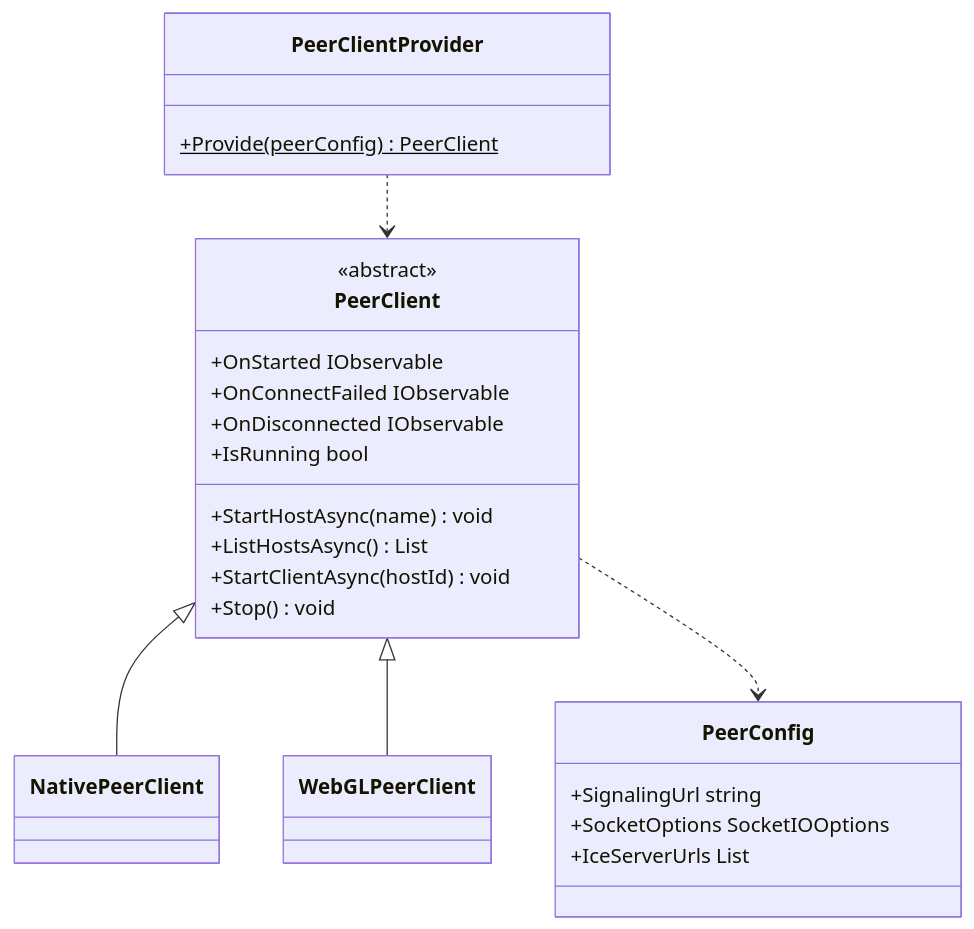
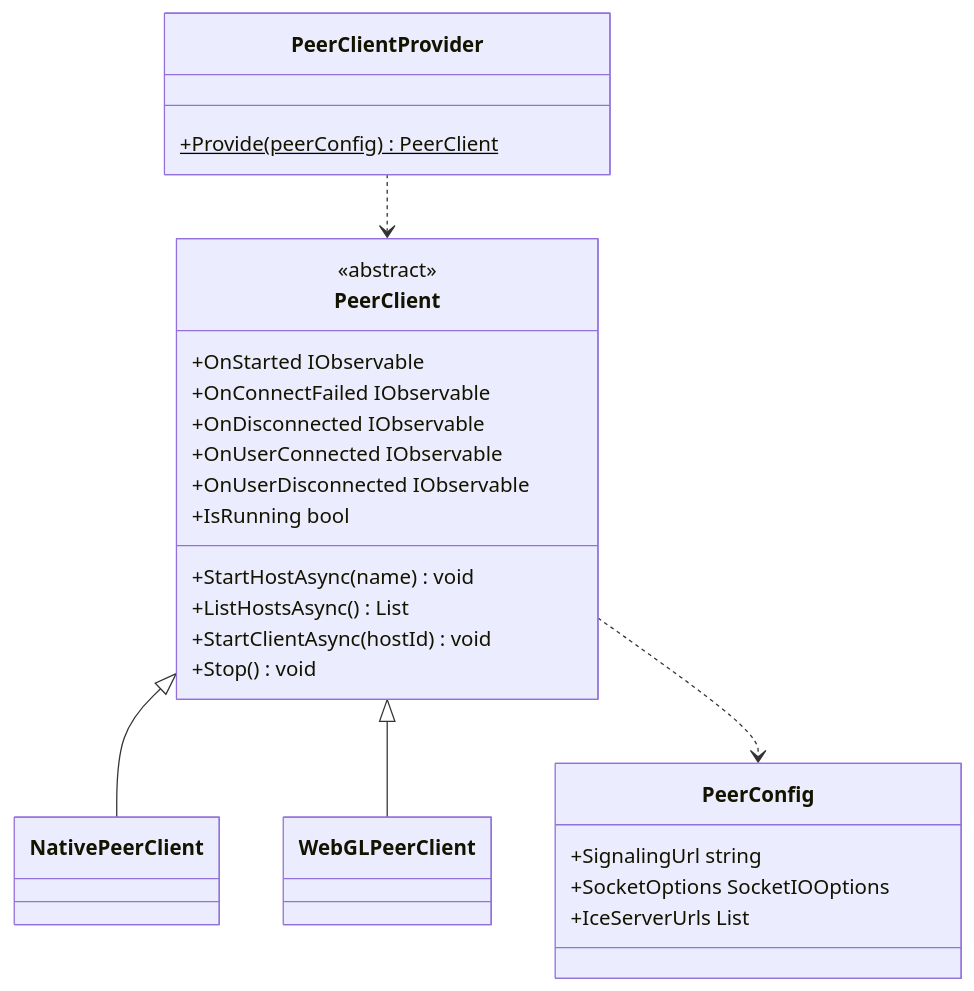
One commit to extreal-dev/Extreal.Guide changed the first of 3 diagrams in docs/integration/p2p.webrtc.md. Above: the diagram before and after it, drawn with Mermaid. The commit also changed other lines of this file and 3 other files, not shown here.

````diff
--- a/docs/integration/p2p.webrtc.md
+++ b/docs/integration/p2p.webrtc.md
@@ -27,36 +27,38 @@
 ```mermaid
 classDiagram
 
     PeerClientProvider ..> PeerClient
     PeerClient <|-- NativePeerClient
     PeerClient <|-- WebGLPeerClient
     PeerClient ..> PeerConfig
 
     class PeerClientProvider {
         +Provide(peerConfig)$ PeerClient
     }
     
     class PeerClient {
         <<abstract>>
         +OnStarted IObservable
         +OnConnectFailed IObservable
         +OnDisconnected IObservable
+        +OnUserConnected IObservable
+        +OnUserDisconnected IObservable
         +IsRunning bool
         +StartHostAsync(name) void
         +ListHostsAsync() List
         +StartClientAsync(hostId) void
         +Stop() void
     }
     
     class PeerConfig {
         +SignalingUrl string
         +SocketOptions SocketIOOptions
         +IceServerUrls List
     }
 
     class NativePeerClient {
     }
     
     class WebGLPeerClient {
     }
 ```
````
